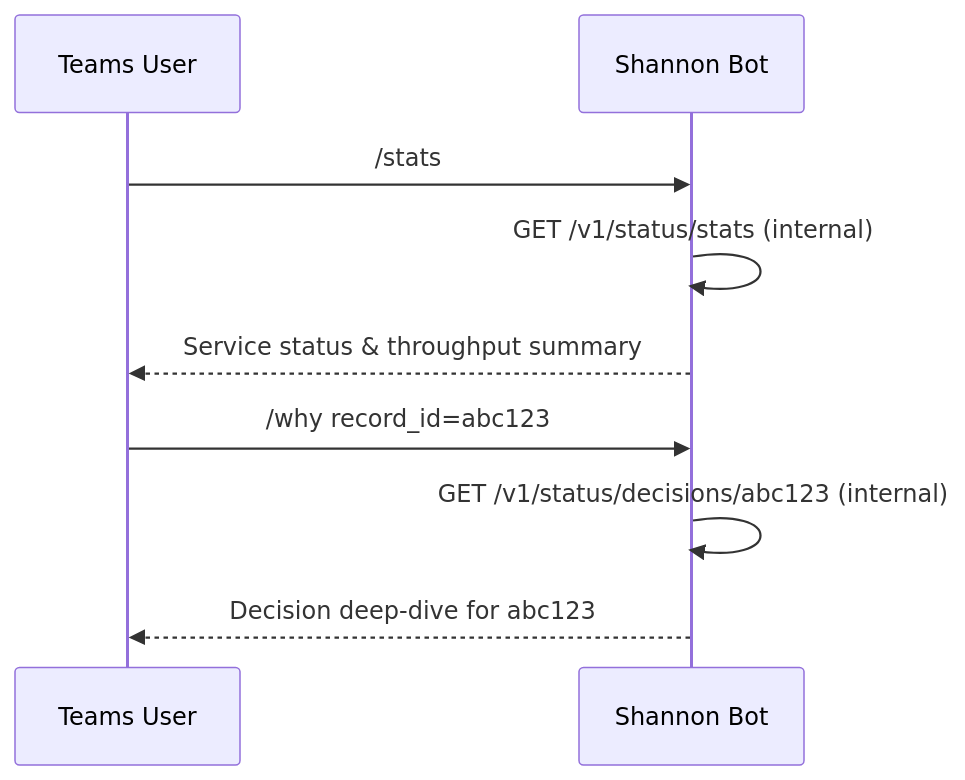
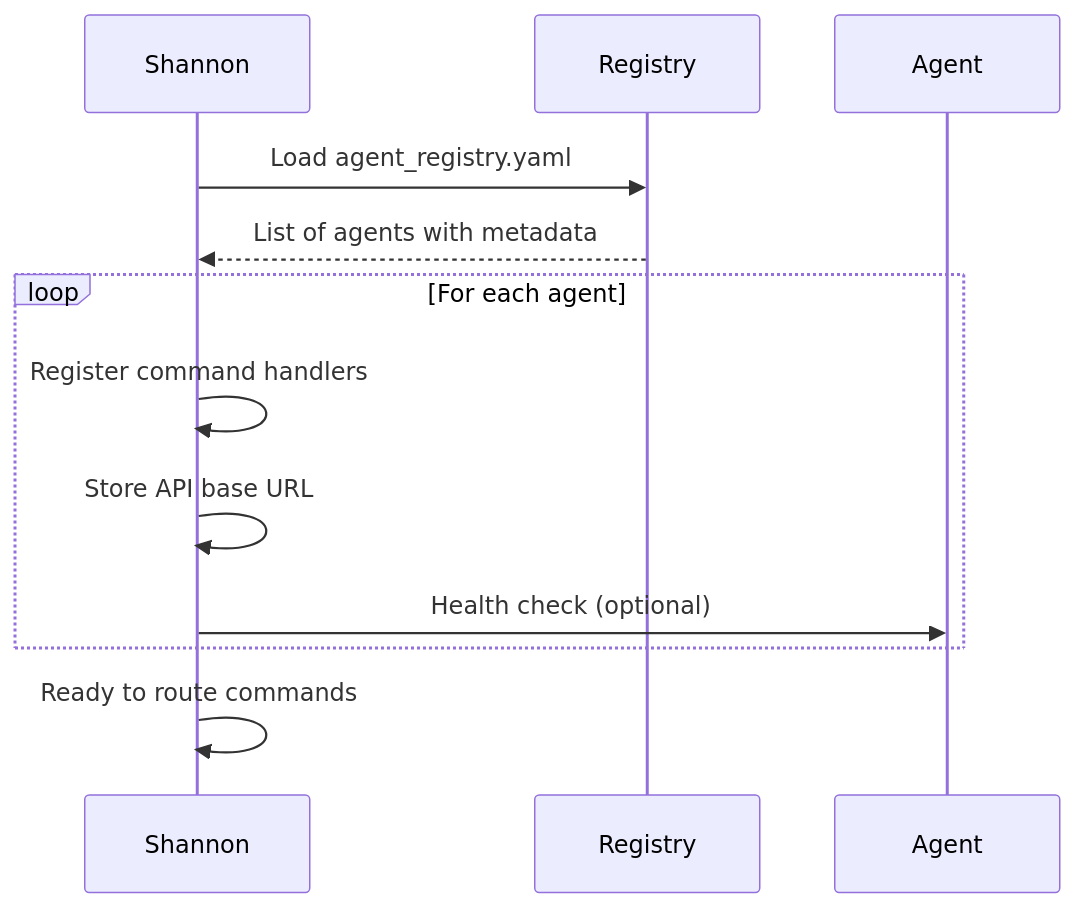
One commit to jmac-cornelis/agent-workforce changed the third of 4 diagrams in agents/shannon/docs/config.md. Above: the diagram before and after it, drawn with Mermaid. The commit also changed other lines of this file and 6 other files, not shown here.

````diff
--- a/agents/shannon/docs/config.md
+++ b/agents/shannon/docs/config.md
@@ -112,13 +72,15 @@
 ```mermaid
 sequenceDiagram
-    participant User as Teams User
-    participant Shannon as Shannon Bot
-
-    User->>Shannon: /stats
-    Shannon->>Shannon: GET /v1/status/stats (internal)
-    Shannon-->>User: Service status & throughput summary
-
-    User->>Shannon: /why record_id=abc123
-    Shannon->>Shannon: GET /v1/status/decisions/abc123 (internal)
-    Shannon-->>User: Decision deep-dive for abc123
+    participant Shannon
+    participant Registry
+    participant Agent
+    
+    Shannon->>Registry: Load agent_registry.yaml
+    Registry-->>Shannon: List of agents with metadata
+    loop For each agent
+        Shannon->>Shannon: Register command handlers
+        Shannon->>Shannon: Store API base URL
+        Shannon->>Agent: Health check (optional)
+    end
+    Shannon->>Shannon: Ready to route commands
 ```
````
